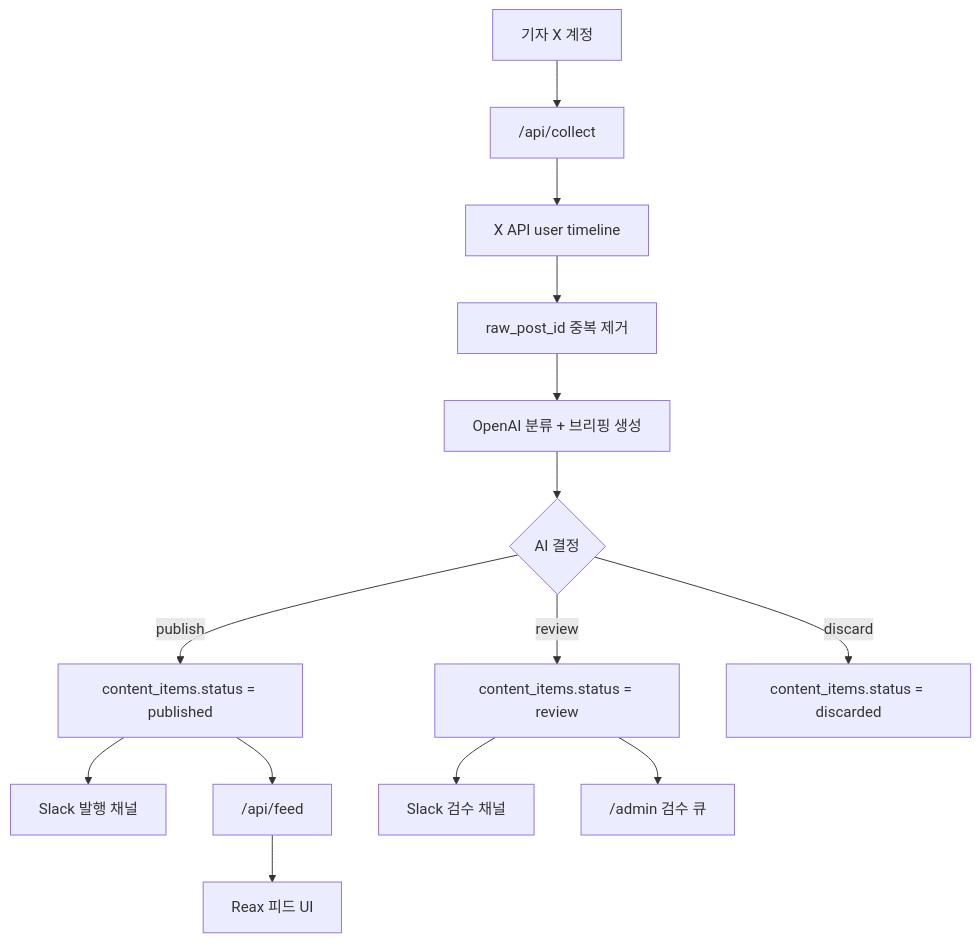
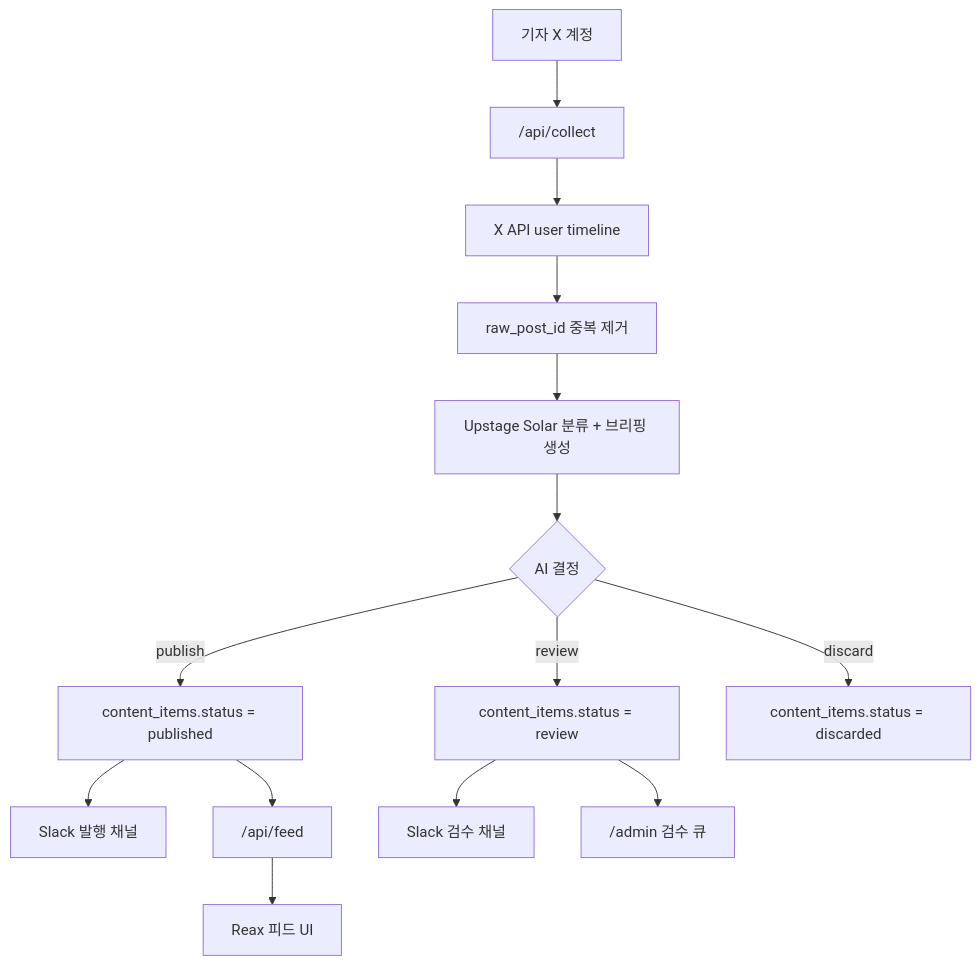
The diagram in docs/plans/ai-automation/00-master-roadmap.md (minuk07/epltrend), drawn with Mermaid before and after one commit. The commit also changed 11 other files, not shown here.

Commit message:
feat: switch AI provider to Upstage Solar

````diff
--- a/docs/plans/ai-automation/00-master-roadmap.md
+++ b/docs/plans/ai-automation/00-master-roadmap.md
@@ -31,16 +31,16 @@
 ```mermaid
 flowchart TD
   A["기자 X 계정"] --> B["/api/collect"]
   B --> C["X API user timeline"]
   C --> D["raw_post_id 중복 제거"]
-  D --> E["OpenAI 분류 + 브리핑 생성"]
+  D --> E["Upstage Solar 분류 + 브리핑 생성"]
   E --> F{"AI 결정"}
   F -->|"publish"| G["content_items.status = published"]
   F -->|"review"| H["content_items.status = review"]
   F -->|"discard"| I["content_items.status = discarded"]
   G --> J["Slack 발행 채널"]
   H --> K["Slack 검수 채널"]
   H --> L["/admin 검수 큐"]
   G --> M["/api/feed"]
   M --> N["Reax 피드 UI"]
 ```
````
